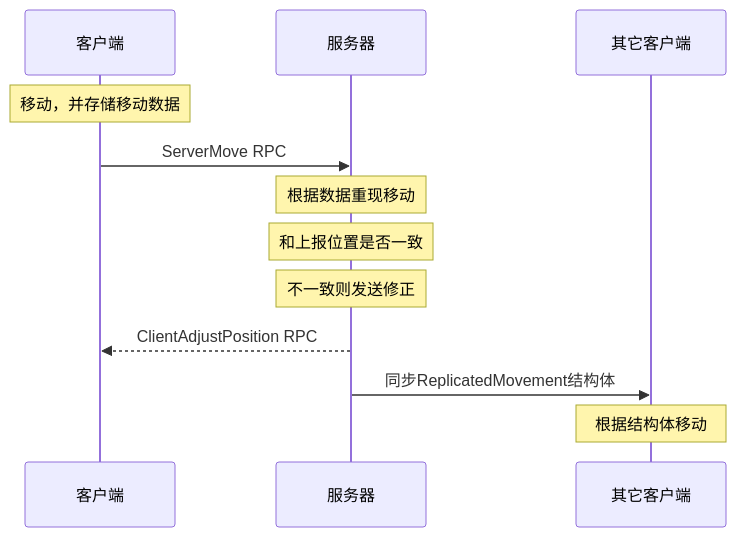
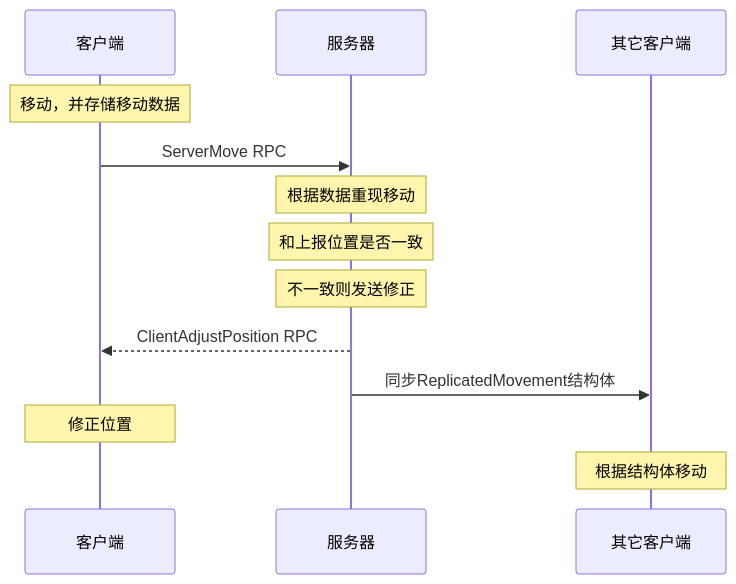
Before and after one commit to lawnight/lawnight.github.io: the diagram in _posts/2019-03-16-ue4Sever.md, drawn with Mermaid. The commit also changed other lines of this file, not shown here.

````diff
--- a/_posts/2019-03-16-ue4Sever.md
+++ b/_posts/2019-03-16-ue4Sever.md
@@ -160,14 +160,15 @@
 ```mermaid
 sequenceDiagram
     participant client1 as 客户端
     participant server as 服务器
     participant client2 as 其它客户端
     Note over client1: 移动，并存储移动数据
     client1->>server: ServerMove RPC
     Note over server: 根据数据重现移动
     Note over server: 和上报位置是否一致
     Note over server: 不一致则发送修正
     server-->>client1: ClientAdjustPosition RPC
     server->>client2: 同步ReplicatedMovement结构体
+    Note over client1:  修正位置    
     Note over client2: 根据结构体移动
 ```
````
